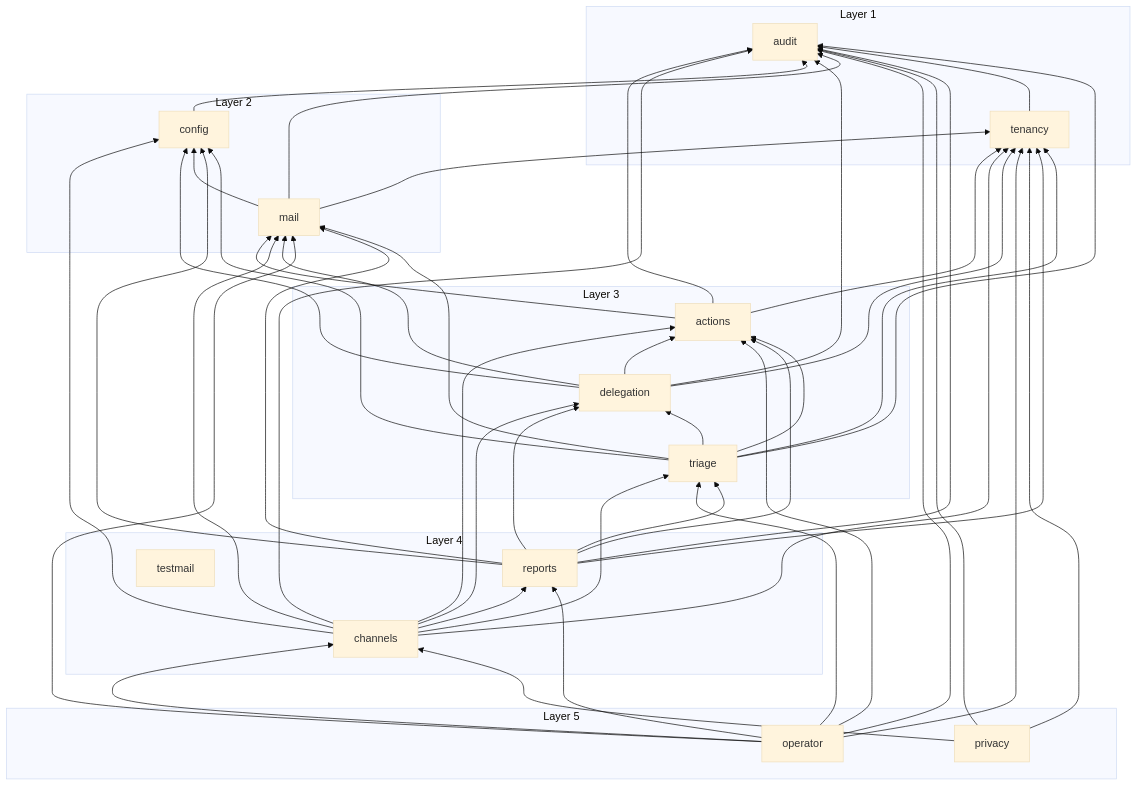
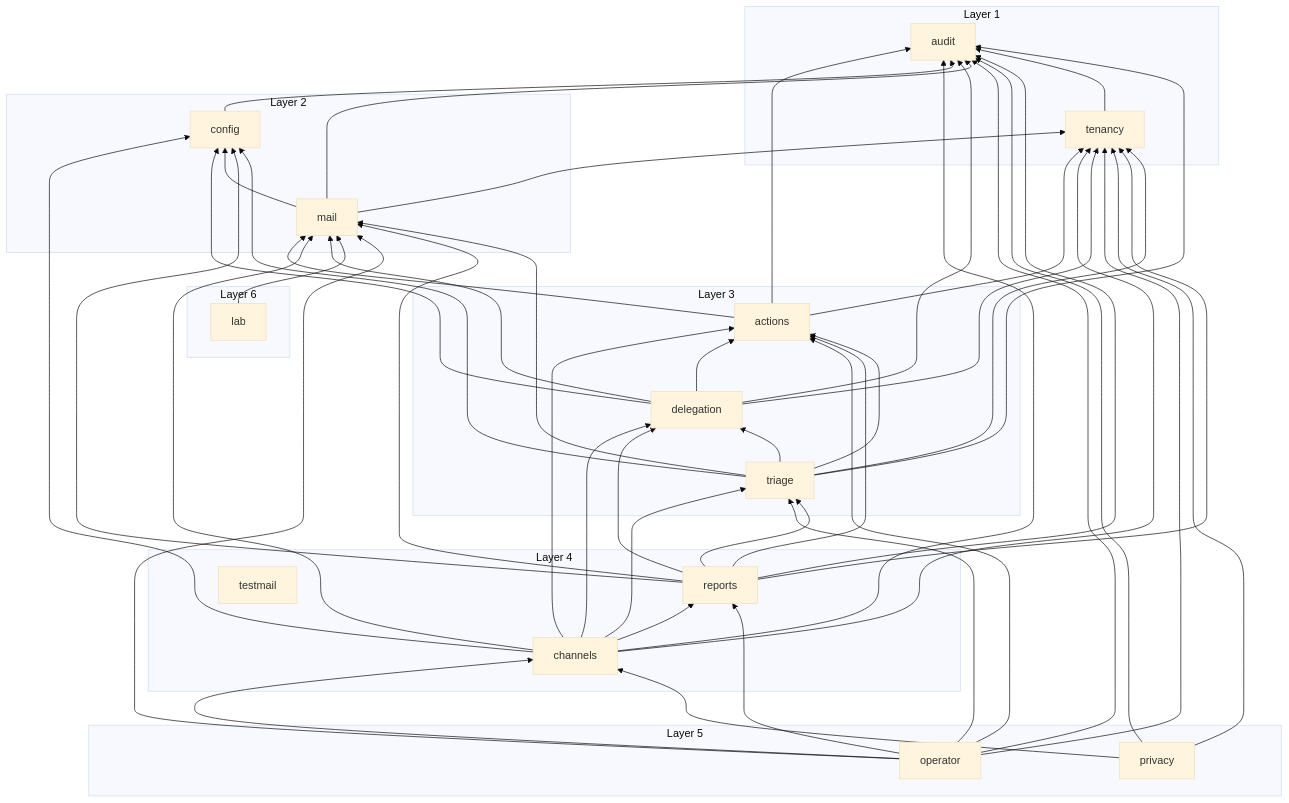
One commit to Artexs/email_assistant changed the diagram in docs/diagrams/module-graph.md. Above: the diagram before and after it, drawn with Mermaid (base theme). The commit also changed other lines of this file and 16 other files, not shown here.

````diff
--- a/docs/diagrams/module-graph.md
+++ b/docs/diagrams/module-graph.md
@@ -7,69 +7,73 @@
 ```mermaid
 flowchart BT
   subgraph group1["Layer 1"]
     audit
     tenancy
   end
   subgraph group2["Layer 2"]
     config
     mail
   end
   subgraph group3["Layer 3"]
     triage
     actions
     delegation
   end
   subgraph group4["Layer 4"]
     reports
     channels
     testmail
   end
   subgraph group5["Layer 5"]
     operator
     privacy
   end
+  subgraph group6["Layer 6"]
+    lab
+  end
   actions --> audit
   actions --> mail
   actions --> tenancy
   channels --> actions
   channels --> audit
   channels --> config
   channels --> delegation
   channels --> mail
   channels --> reports
   channels --> tenancy
   channels --> triage
   config --> audit
   delegation --> actions
   delegation --> audit
   delegation --> config
   delegation --> mail
   delegation --> tenancy
+  lab --> mail
   mail --> audit
   mail --> config
   mail --> tenancy
   operator --> actions
   operator --> audit
   operator --> channels
   operator --> mail
   operator --> reports
   operator --> tenancy
   operator --> triage
   privacy --> audit
   privacy --> channels
   privacy --> tenancy
   reports --> actions
   reports --> audit
   reports --> config
   reports --> delegation
   reports --> mail
   reports --> tenancy
   reports --> triage
   tenancy --> audit
   triage --> actions
   triage --> audit
   triage --> config
   triage --> delegation
   triage --> mail
   triage --> tenancy
 ```
````
